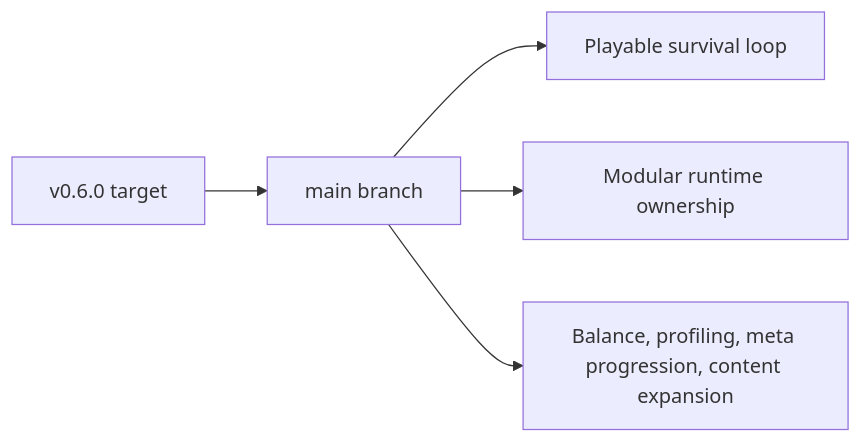
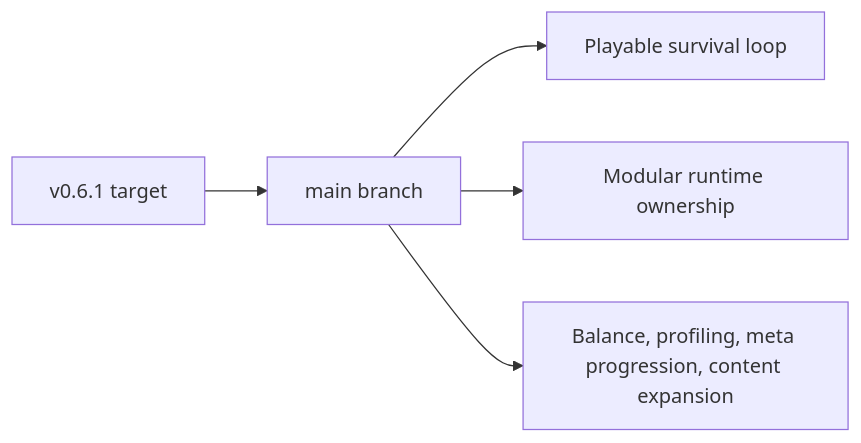
One commit to AlexAgo83/emberwake changed the second of 11 diagrams in README.md. Above: the diagram before and after it, drawn with Mermaid. The commit also changed other lines of this file and 3 other files, not shown here.

````diff
--- a/README.md
+++ b/README.md
@@ -51,7 +51,7 @@
 ```mermaid
 flowchart LR
-    Release[v0.6.0 target] --> Main[main branch]
+    Release[v0.6.1 target] --> Main[main branch]
     Main --> Playable[Playable survival loop]
     Main --> Modular[Modular runtime ownership]
     Main --> Next[Balance, profiling, meta progression, content expansion]
 ```
````
